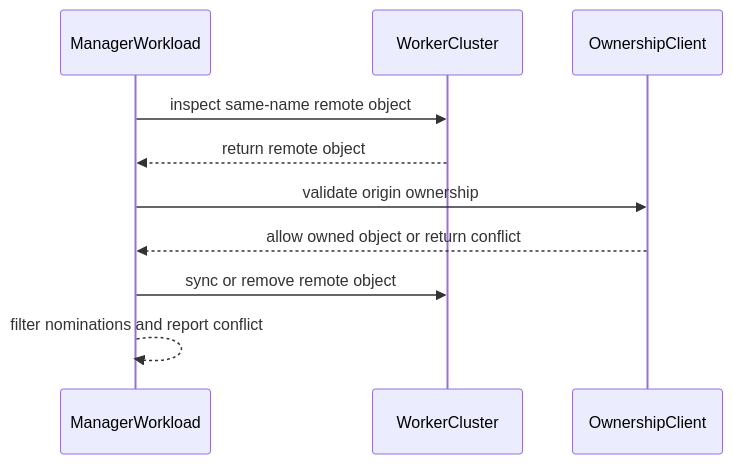
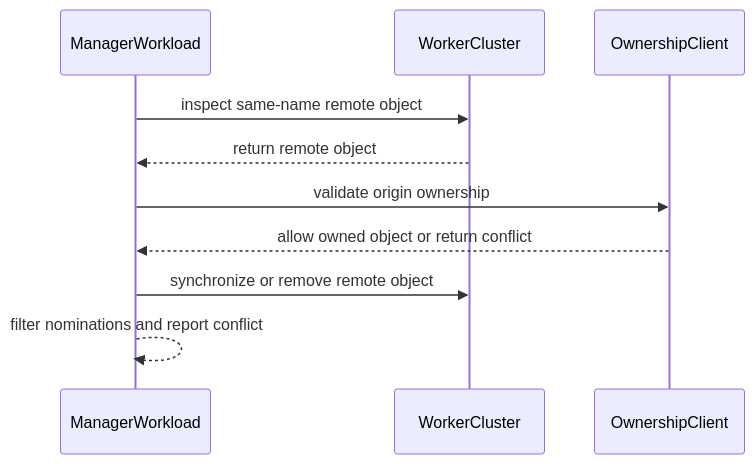
The diagram in raw/github/kubernetes-sigs__kueue/pr-13269.md (reruno/kueue-llm-wiki), drawn with Mermaid before and after one commit. The commit also changed other lines of this file and 952 other files, not shown here.

````diff
--- a/raw/github/kubernetes-sigs__kueue/pr-13269.md
+++ b/raw/github/kubernetes-sigs__kueue/pr-13269.md
@@ -222,12 +222,12 @@
 ```mermaid
 sequenceDiagram
   participant ManagerWorkload
   participant WorkerCluster
   participant OwnershipClient
   ManagerWorkload->>WorkerCluster: inspect same-name remote object
   WorkerCluster-->>ManagerWorkload: return remote object
   ManagerWorkload->>OwnershipClient: validate origin ownership
   OwnershipClient-->>ManagerWorkload: allow owned object or return conflict
-  ManagerWorkload->>WorkerCluster: sync or remove remote object
+  ManagerWorkload->>WorkerCluster: synchronize or remove remote object
   ManagerWorkload-->>ManagerWorkload: filter nominations and report conflict
 ```
````
